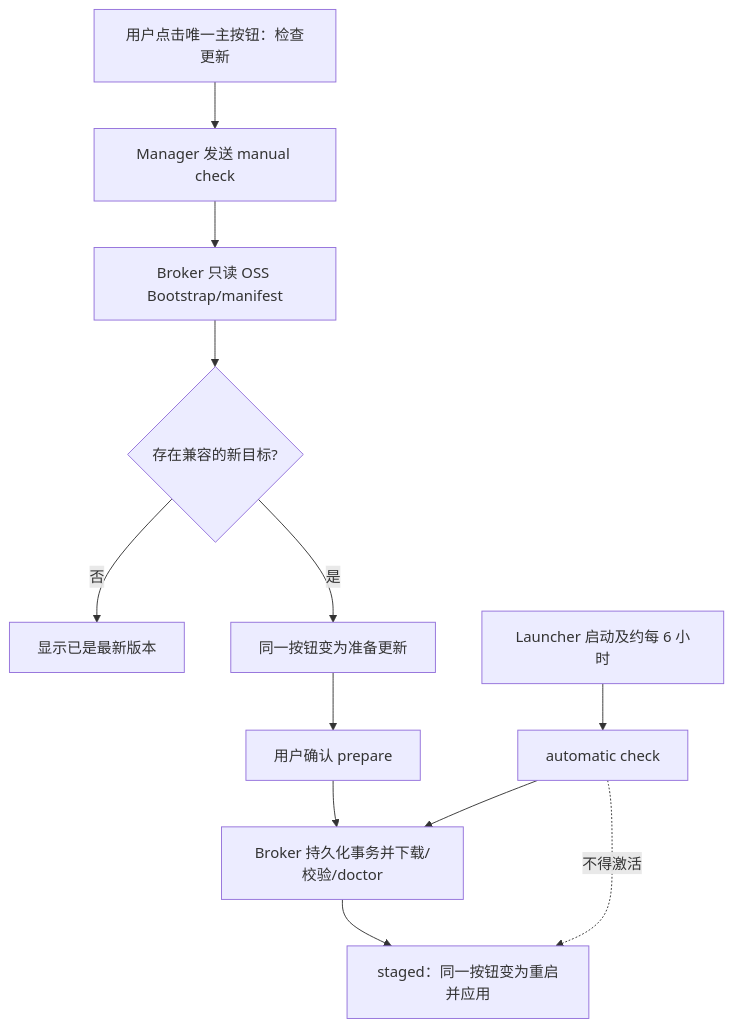
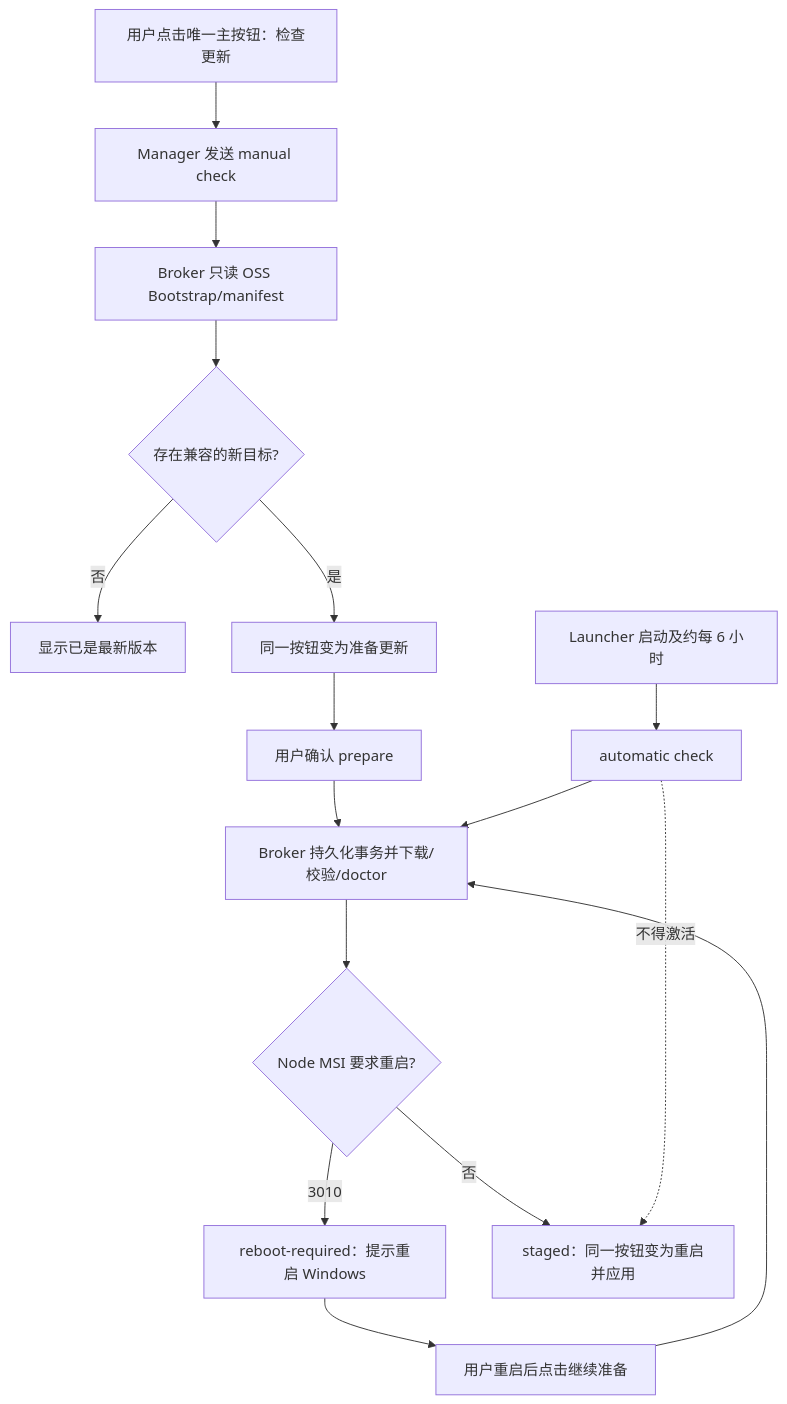
Before and after one commit to chengzhang0528/tauri-codex: the second of 3 diagrams in 文档/项目/项目_tauri-codex/当前设计.md, drawn with Mermaid. The commit also changed other lines of this file and 15 other files, not shown here.

````diff
--- a/文档/项目/项目_tauri-codex/当前设计.md
+++ b/文档/项目/项目_tauri-codex/当前设计.md
@@ -67,14 +74,18 @@
 ```mermaid
 flowchart TD
   U["用户点击唯一主按钮：检查更新"] --> C["Manager 发送 manual check"]
   C --> Q["Broker 只读 OSS Bootstrap/manifest"]
   Q --> X{"存在兼容的新目标?"}
   X -- "否" --> N["显示已是最新版本"]
   X -- "是" --> O["同一按钮变为准备更新"]
   O --> D["用户确认 prepare"]
   D --> G["Broker 持久化事务并下载/校验/doctor"]
-  G --> E["staged：同一按钮变为重启并应用"]
+  G --> R{"Node MSI 要求重启?"}
+  R -- "3010" --> W["reboot-required：提示重启 Windows"]
+  W --> Y["用户重启后点击继续准备"]
+  Y --> G
+  R -- "否" --> E["staged：同一按钮变为重启并应用"]
   K["Launcher 启动及约每 6 小时"] --> J["automatic check"]
   J --> G
   J -. "不得激活" .-> E
 ```
````
